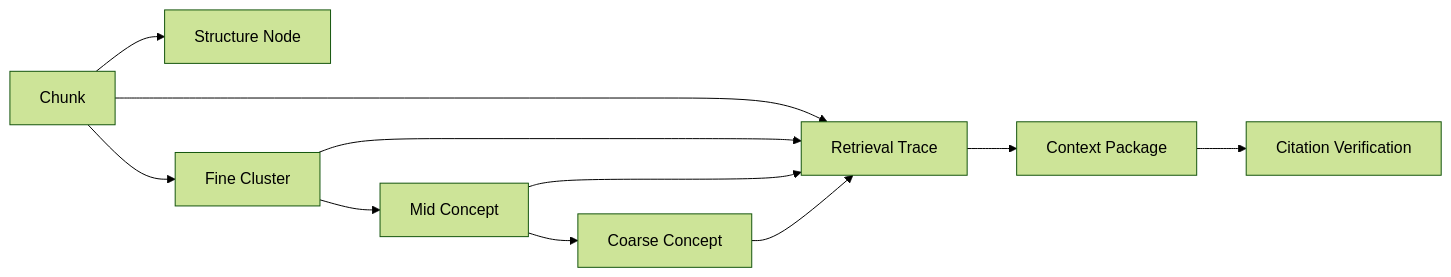
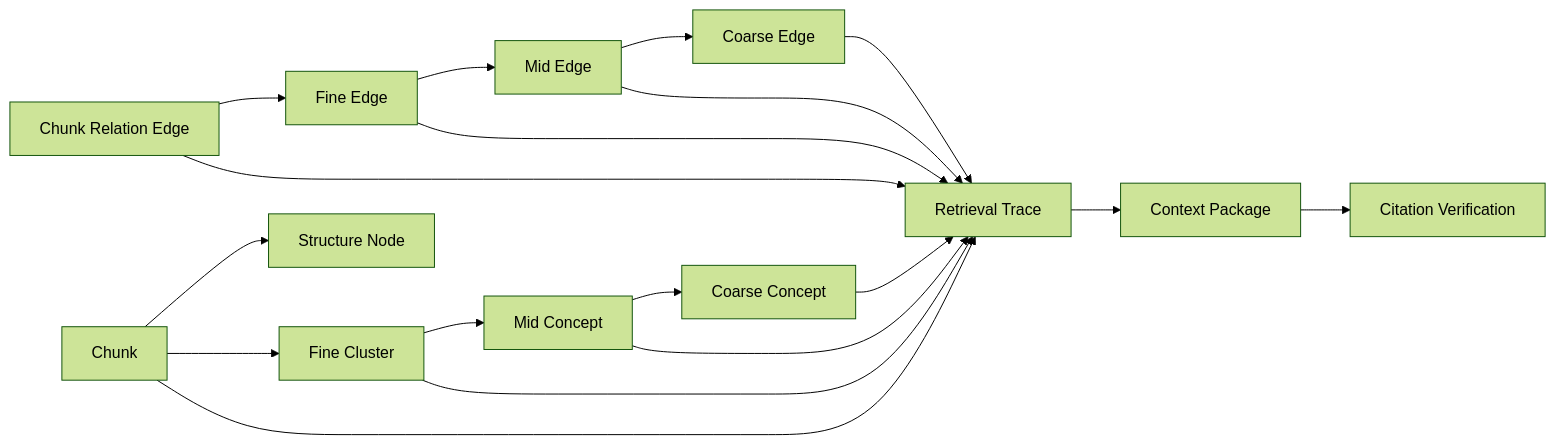
The second of 11 diagrams in docs/technical-spec.md (Sggggt/SymboGraph), drawn with Mermaid (forest theme) before and after one commit. The commit also changed other lines of this file and 44 other files, not shown here.

Commit message:
v1.2.1 beta: fine cluster去掉了分词聚类方法，agent把加权分排序法改为分层图检索

````diff
--- a/docs/technical-spec.md
+++ b/docs/technical-spec.md
@@ -340,13 +357,20 @@
 ```mermaid
 flowchart LR
     C["Chunk"] --> S["Structure Node"]
     C --> F["Fine Cluster"]
     F --> M["Mid Concept"]
     M --> K["Coarse Concept"]
+    CE["Chunk Relation Edge"] --> FE["Fine Edge"]
+    FE --> ME["Mid Edge"]
+    ME --> KE["Coarse Edge"]
+    CE --> T
+    FE --> T
+    ME --> T
+    KE --> T
     C --> T["Retrieval Trace"]
     F --> T
     M --> T
     K --> T
     T --> CP["Context Package"]
     CP --> CV["Citation Verification"]
 ```
````
